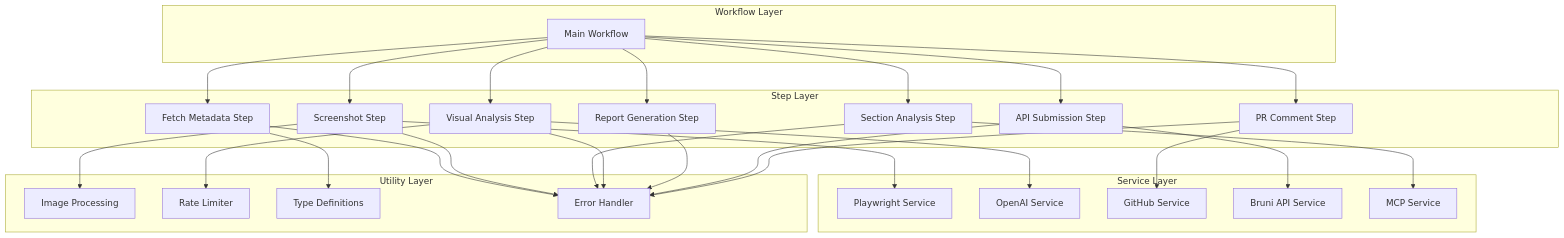
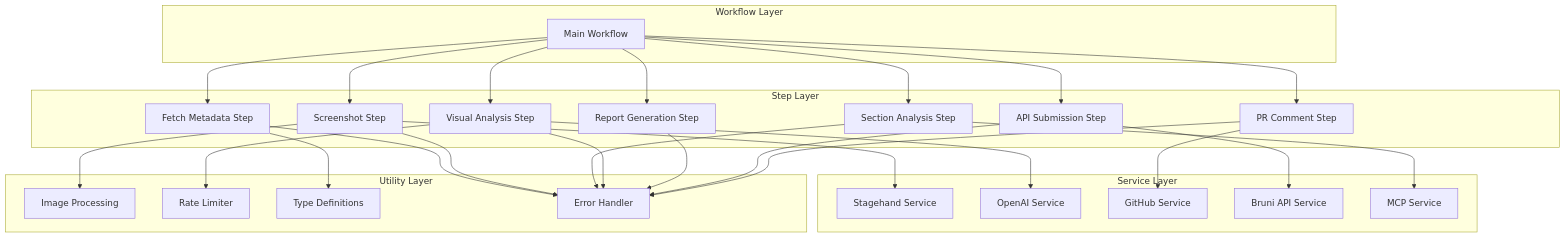
The fifth of 7 diagrams in docs/workflow-diagram.md (nevinbuilds/bruniai-action), drawn with Mermaid before and after one commit. The commit also changed other lines of this file and 8 other files, not shown here.

````diff
--- a/docs/workflow-diagram.md
+++ b/docs/workflow-diagram.md
@@ -188,56 +184,56 @@
 ```mermaid
 graph TB
     subgraph "Workflow Layer"
         W[Main Workflow]
     end
 
     subgraph "Step Layer"
         S1[Fetch Metadata Step]
         S2[Screenshot Step]
         S3[Section Analysis Step]
         S4[Visual Analysis Step]
         S5[Report Generation Step]
         S6[API Submission Step]
         S7[PR Comment Step]
     end
 
     subgraph "Service Layer"
-        SV1[Playwright Service]
+        SV1[Stagehand Service]
         SV2[OpenAI Service]
         SV3[GitHub Service]
         SV4[Bruni API Service]
         SV5[MCP Service]
     end
 
     subgraph "Utility Layer"
         U1[Image Processing]
         U2[Rate Limiter]
         U3[Type Definitions]
         U4[Error Handler]
     end
 
     W --> S1
     W --> S2
     W --> S3
     W --> S4
     W --> S5
     W --> S6
     W --> S7
 
     S2 --> SV1
     S3 --> SV5
     S4 --> SV2
     S6 --> SV4
     S7 --> SV3
 
     S2 --> U1
     S4 --> U2
     S1 --> U3
     S1 --> U4
     S2 --> U4
     S3 --> U4
     S4 --> U4
     S5 --> U4
     S6 --> U4
     S7 --> U4
 ```
````
